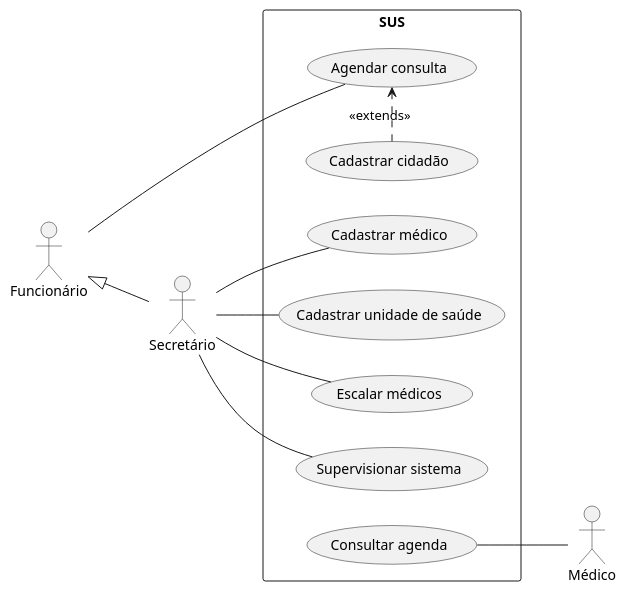
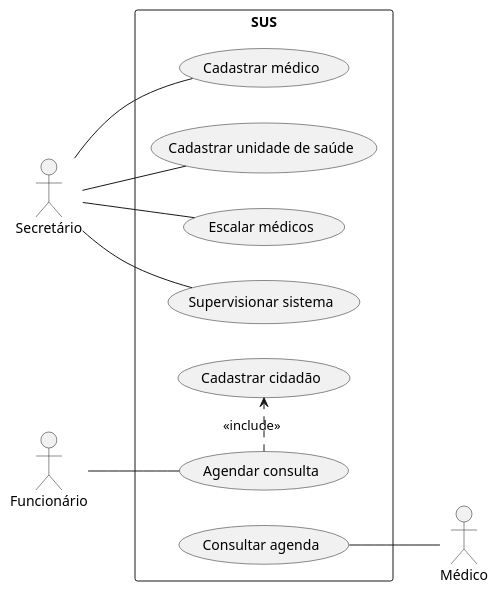
The diagram in diag-caso-uso.puml (hmccl/uml-sistema-saude), drawn with PlantUML before and after one commit.

Commit message:
Não há herança. Caso é incluído

```diff
--- a/diag-caso-uso.puml
+++ b/diag-caso-uso.puml
@@ -1,23 +1,21 @@
 @startuml
 
 left to right direction
 
 skinparam packageStyle rectangle
 
 actor Secretário
 actor Funcionário
 actor Médico
 
-Funcionário <|-- Secretário
-
 rectangle SUS {
   Secretário -- (Cadastrar médico)
   Secretário -- (Cadastrar unidade de saúde)
   Secretário -- (Escalar médicos)
   Secretário -- (Supervisionar sistema)
   (Consultar agenda) -- Médico
   Funcionário -- (Agendar consulta)
-  (Cadastrar cidadão) .> (Agendar consulta) : <<extends>>
+  (Agendar consulta) .> (Cadastrar cidadão) : <<include>>
 }
 
 @enduml
```
